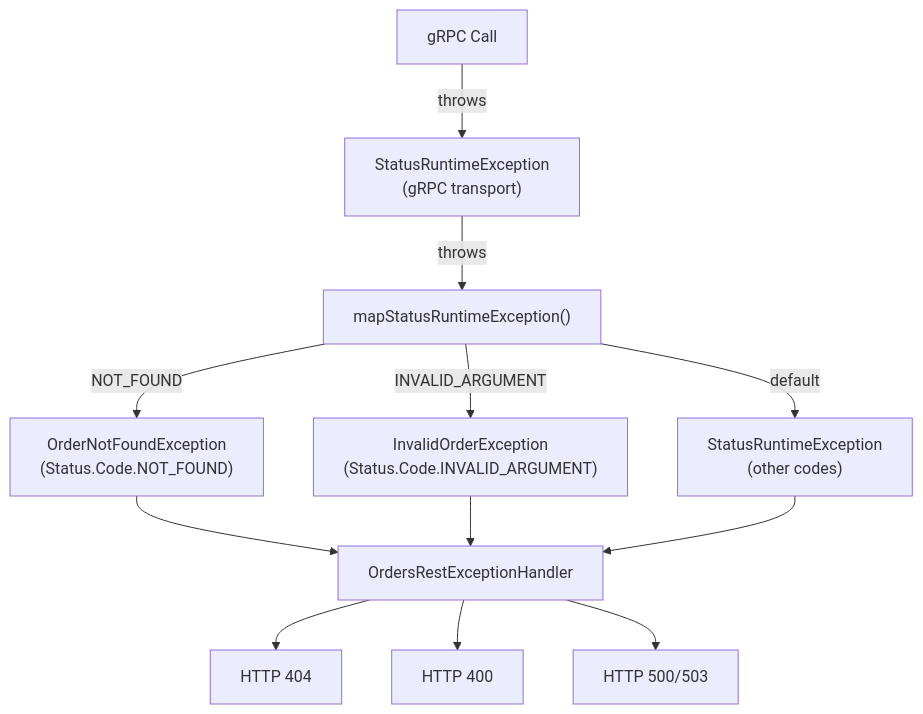
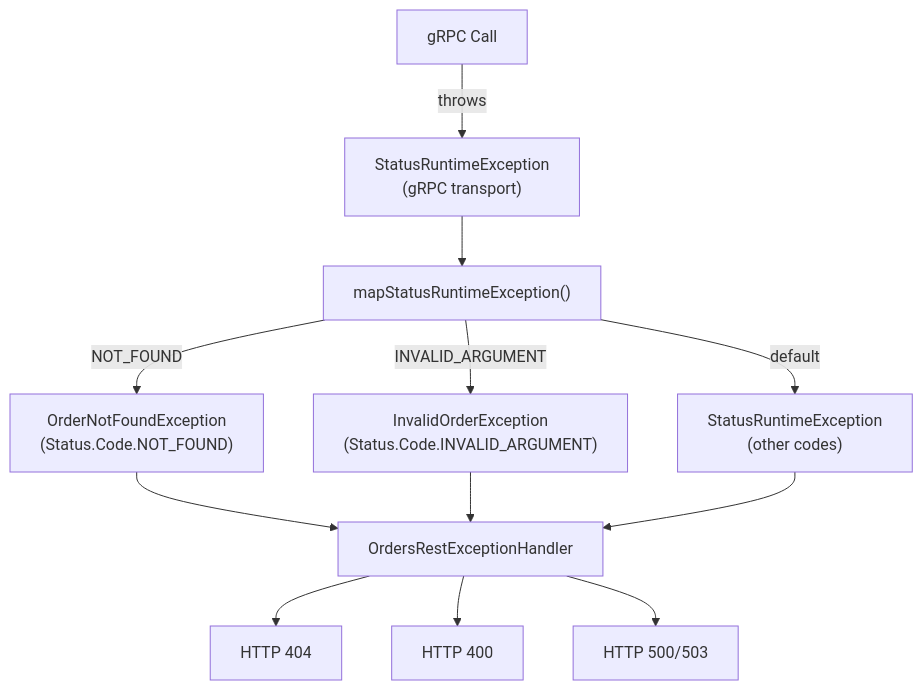
One commit to philipz/spring-modular-monolith changed the third of 4 diagrams in docs/deepwiki/Integration-with-Monolith.md. Above: the diagram before and after it, drawn with Mermaid. The commit also changed 32 other files, not shown here.

````diff
--- a/docs/deepwiki/Integration-with-Monolith.md
+++ b/docs/deepwiki/Integration-with-Monolith.md
@@ -246,26 +246,26 @@
 ```mermaid
 flowchart TD
 
 GrpcCall["gRPC Call"]
 StatusException["StatusRuntimeException<br>(gRPC transport)"]
 Mapper["mapStatusRuntimeException()"]
 NotFound["OrderNotFoundException<br>(Status.Code.NOT_FOUND)"]
 InvalidArg["InvalidOrderException<br>(Status.Code.INVALID_ARGUMENT)"]
 Other["StatusRuntimeException<br>(other codes)"]
 RestHandler["OrdersRestExceptionHandler"]
 HttpNotFound["HTTP 404"]
 HttpBadRequest["HTTP 400"]
 HttpInternal["HTTP 500/503"]
 
 GrpcCall -->|"throws"| StatusException
-StatusException -->|"throws"| Mapper
+StatusException --> Mapper
 Mapper -->|"NOT_FOUND"| NotFound
 Mapper -->|"INVALID_ARGUMENT"| InvalidArg
 Mapper -->|"default"| Other
 NotFound --> RestHandler
 InvalidArg --> RestHandler
 Other --> RestHandler
 RestHandler --> HttpNotFound
 RestHandler --> HttpBadRequest
 RestHandler --> HttpInternal
 ```
````
